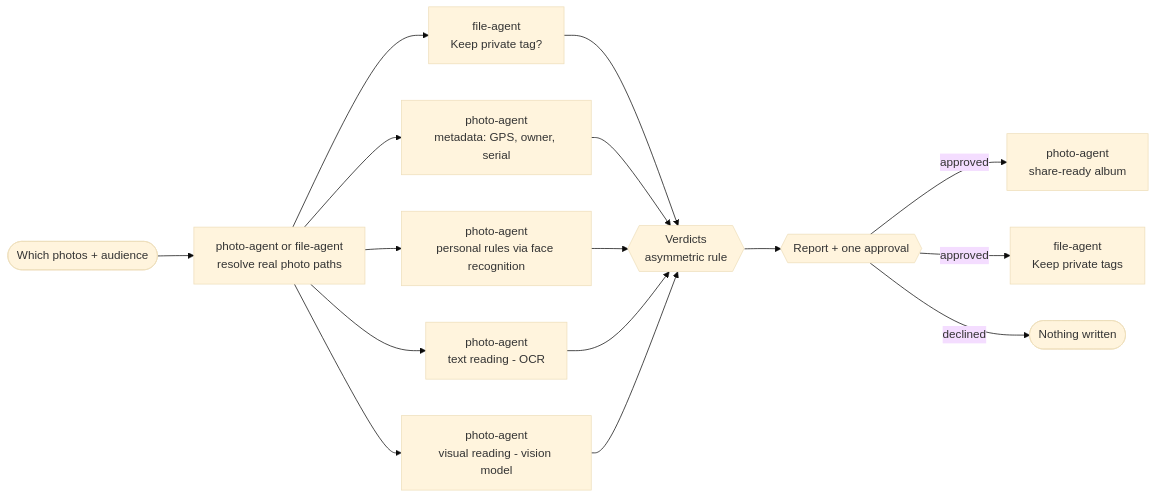
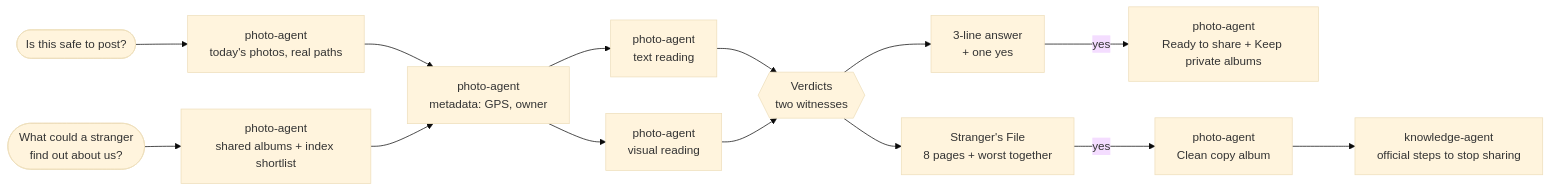
One commit to KaraAliOsman/clueproof changed the diagram in README.md. Above: the diagram before and after it, drawn with Mermaid (base theme). The commit also changed other lines of this file and 119 other files, not shown here.

First line of the commit message:
Clueproof: Stranger's File, one-sentence checks, real licensed photos, new site

````diff
--- a/README.md
+++ b/README.md
@@ -55,18 +67,16 @@
 ```mermaid
 flowchart LR
-  U([Which photos + audience]) --> S[photo-agent or file-agent<br/>resolve real photo paths]
-  S --> K[file-agent<br/>Keep private tag?]
-  S --> M[photo-agent<br/>metadata: GPS, owner, serial]
-  S --> X[photo-agent<br/>personal rules via face recognition]
-  S --> T[photo-agent<br/>text reading - OCR]
-  S --> V[photo-agent<br/>visual reading - vision model]
-  K --> R{{Verdicts<br/>asymmetric rule}}
-  M --> R
-  X --> R
-  T --> R
+  Q1(["Is this safe to post?"]) --> P[photo-agent<br/>today's photos, real paths]
+  Q2(["What could a stranger<br/>find out about us?"]) --> F[photo-agent<br/>shared albums + index shortlist]
+  P --> M[photo-agent<br/>metadata: GPS, owner]
+  F --> M
+  M --> T[photo-agent<br/>text reading]
+  M --> V[photo-agent<br/>visual reading]
+  T --> R{{Verdicts<br/>two witnesses}}
   V --> R
-  R --> P{{Report + one approval}}
-  P -->|approved| A[photo-agent<br/>share-ready album]
-  P -->|approved| G[file-agent<br/>Keep private tags]
-  P -->|declined| N([Nothing written])
+  R --> A1[3-line answer<br/>+ one yes]
+  R --> A2[Stranger's File<br/>8 pages + worst together]
+  A1 -->|yes| W1[photo-agent<br/>Ready to share + Keep private albums]
+  A2 -->|yes| W2[photo-agent<br/>Clean copy album]
+  W2 --> G[knowledge-agent<br/>official steps to stop sharing]
 ```
````
